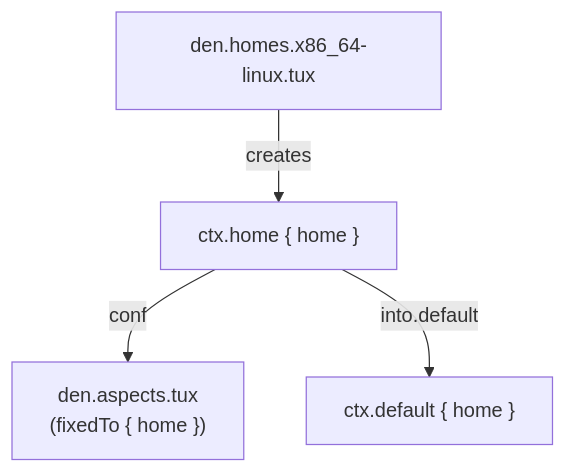
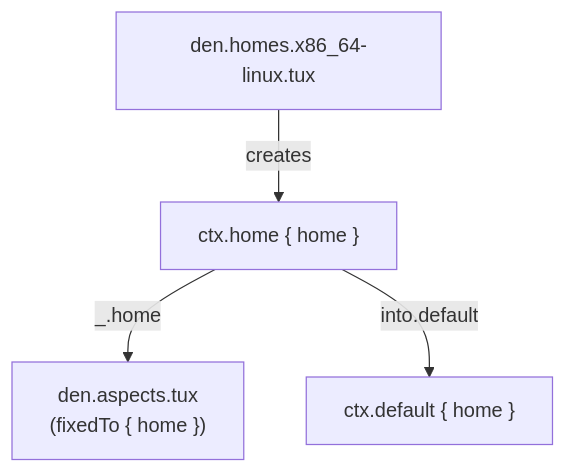
One commit to vic/den changed the third of 3 diagrams in docs/src/content/docs/explanation/context-pipeline.md. Above: the diagram before and after it, drawn with Mermaid. The commit also changed other lines of this file and 15 other files, not shown here.

````diff
--- a/docs/src/content/docs/explanation/context-pipeline.md
+++ b/docs/src/content/docs/explanation/context-pipeline.md
@@ -130,7 +147,7 @@
 ```mermaid
 graph TD
   Home["den.homes.x86_64-linux.tux"]
   Home -->|"creates"| CtxHome["ctx.home { home }"]
-  CtxHome -->|"conf"| HomeA["den.aspects.tux<br/>(fixedTo { home })"]
+  CtxHome -->|"_.home"| HomeA["den.aspects.tux<br/>(fixedTo { home })"]
   CtxHome -->|"into.default"| CtxDef["ctx.default { home }"]
 ```
````
